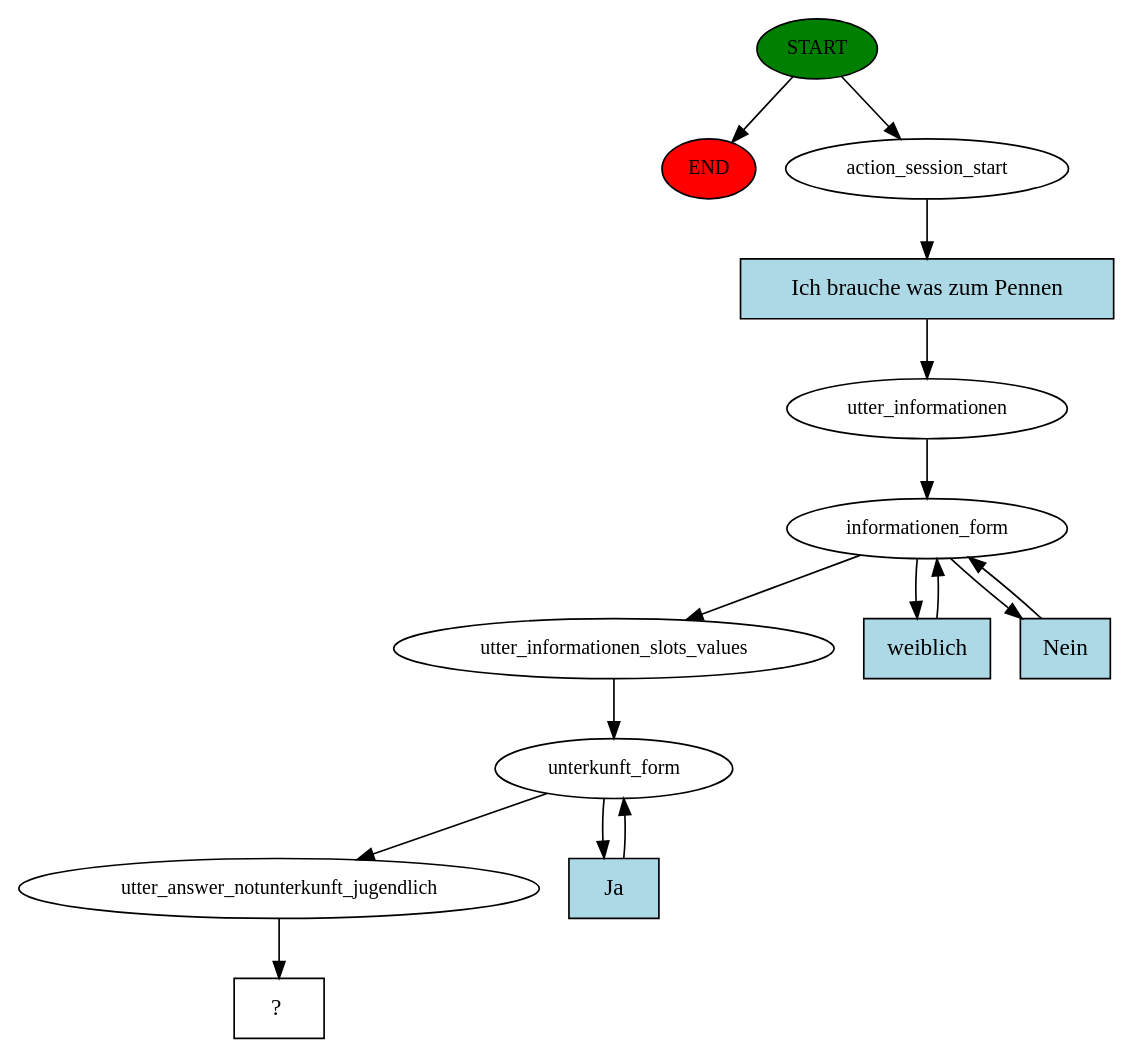
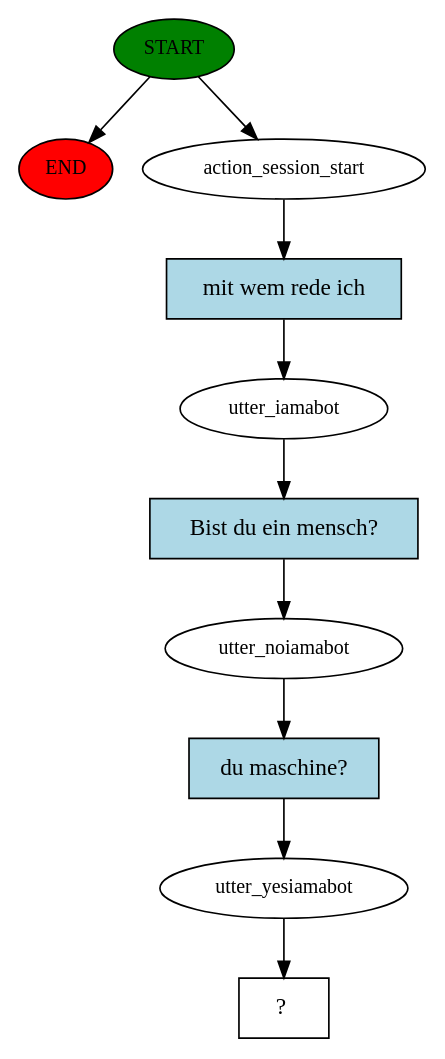
The diagram in story_graph.dot (Schlaue-Lise-IT-Project/schlaue-lise), drawn with Graphviz before and after one commit. The commit also changed 8 other files, not shown here.

```diff
--- a/story_graph.dot
+++ b/story_graph.dot
@@ -1,30 +1,21 @@
 digraph  {
 0 [class="start active", fillcolor=green, fontsize=12, label=START, style=filled];
 "-1" [class=end, fillcolor=red, fontsize=12, label=END, style=filled];
 1 [class=active, fontsize=12, label=action_session_start];
-2 [class=active, fontsize=12, label=utter_informationen];
-3 [class=active, fontsize=12, label=informationen_form];
-8 [class=active, fontsize=12, label=utter_informationen_slots_values];
-9 [class=active, fontsize=12, label=unterkunft_form];
-11 [class=active, fontsize=12, label=utter_answer_notunterkunft_jugendlich];
-12 [class="intent dashed active", label="  ?  ", shape=rect];
-13 [class="intent active", fillcolor=lightblue, label="Ich brauche was zum Pennen", shape=rect, style=filled];
-14 [class="intent active", fillcolor=lightblue, label=weiblich, shape=rect, style=filled];
-15 [class="intent active", fillcolor=lightblue, label=Nein, shape=rect, style=filled];
-16 [class="intent active", fillcolor=lightblue, label=Ja, shape=rect, style=filled];
+2 [class=active, fontsize=12, label=utter_iamabot];
+3 [class=active, fontsize=12, label=utter_noiamabot];
+4 [class=active, fontsize=12, label=utter_yesiamabot];
+5 [class="intent dashed active", label="  ?  ", shape=rect];
+6 [class="intent active", fillcolor=lightblue, label="mit wem rede ich", shape=rect, style=filled];
+7 [class="intent active", fillcolor=lightblue, label="Bist du ein mensch?", shape=rect, style=filled];
+8 [class="intent active", fillcolor=lightblue, label="du maschine?", shape=rect, style=filled];
 0 -> "-1"  [class="", key=NONE, label=""];
 0 -> 1  [class=active, key=NONE, label=""];
-1 -> 13  [class=active, key=0];
-2 -> 3  [class=active, key=NONE, label=""];
-3 -> 8  [class=active, key=NONE, label=""];
-3 -> 14  [class=active, key=0];
-3 -> 15  [class=active, key=0];
-8 -> 9  [class=active, key=NONE, label=""];
-9 -> 11  [class=active, key=NONE, label=""];
-9 -> 16  [class=active, key=0];
-11 -> 12  [class=active, key=NONE, label=""];
-13 -> 2  [class=active, key=0];
-14 -> 3  [class=active, key=0];
-15 -> 3  [class=active, key=0];
-16 -> 9  [class=active, key=0];
+1 -> 6  [class=active, key=0];
+2 -> 7  [class=active, key=0];
+3 -> 8  [class=active, key=0];
+4 -> 5  [class=active, key=NONE, label=""];
+6 -> 2  [class=active, key=0];
+7 -> 3  [class=active, key=0];
+8 -> 4  [class=active, key=0];
 }
```
